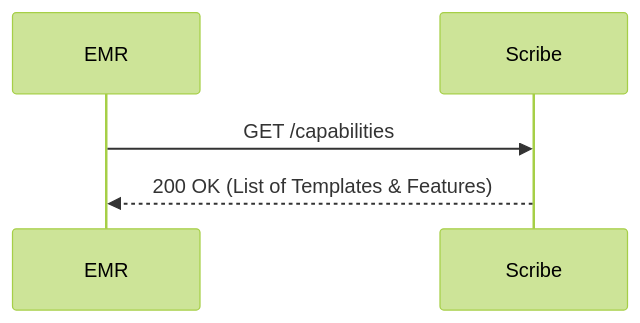
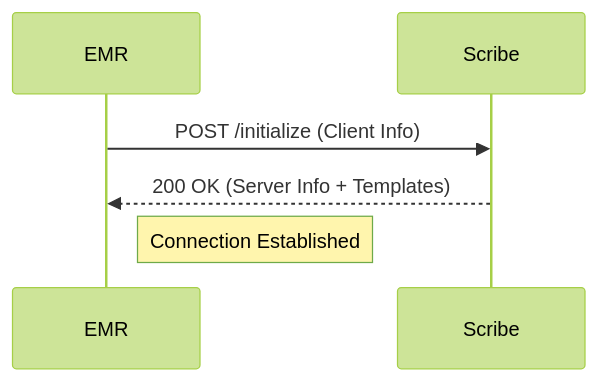
One commit to sankalpg/OMSIF changed the first of 4 diagrams in docs/architecture.md. Above: the diagram before and after it, drawn with Mermaid (forest theme). The commit also changed other lines of this file, not shown here.

Commit message:
docs: Rename "Discovery" workflow to "Initialization Handshake" and update its description and sequence diagram to reflect a bidirectional initialization process.

````diff
--- a/docs/architecture.md
+++ b/docs/architecture.md
@@ -21,8 +21,10 @@
 ```mermaid
 sequenceDiagram
     participant EMR
     participant Scribe
     
-    EMR->>Scribe: GET /capabilities
-    Scribe-->>EMR: 200 OK (List of Templates & Features)
+    EMR->>Scribe: POST /initialize (Client Info)
+    Scribe-->>EMR: 200 OK (Server Info + Templates)
+    
+    Note right of EMR: Connection Established
 ```
````
